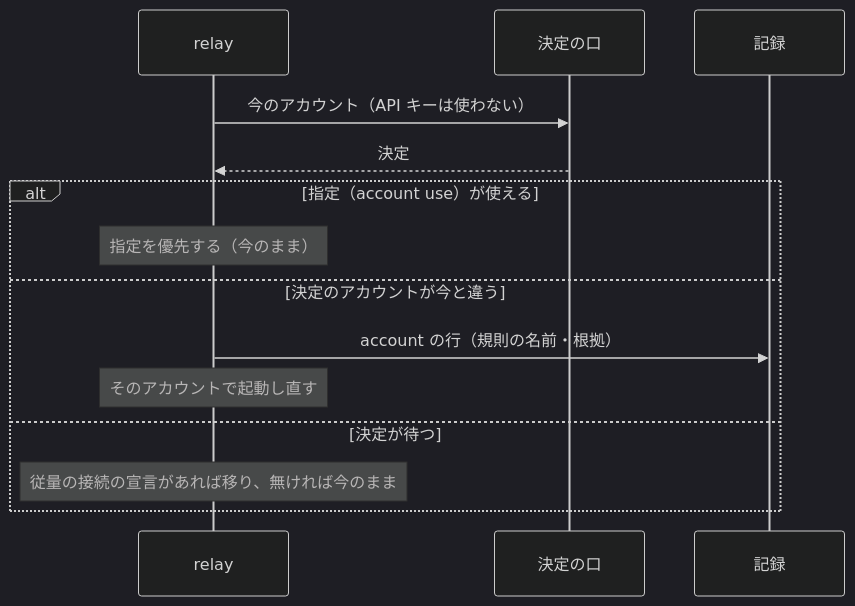
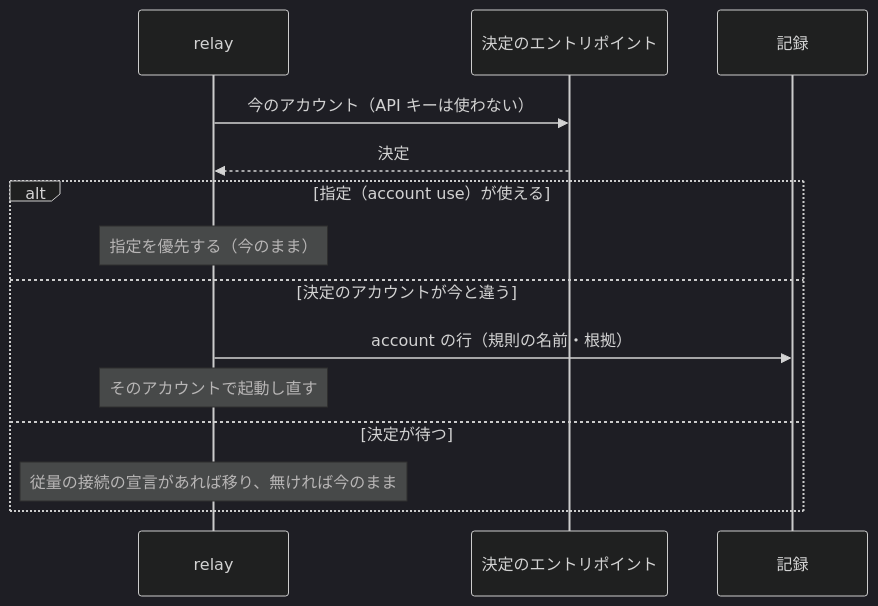
The fourth of 4 diagrams in issues/issue-2930-design.md (devbasex/ai-plugins), drawn with Mermaid (dark theme) before and after one commit. The commit also changed other lines of this file and 1 other file, not shown here.

First line of the commit message:
Docs: #2930 の設計文書を組み直す（長い文を分け、題から仕組みの語を外し、「決定の口」をエントリポイントへ置き換える）

````diff
--- a/issues/issue-2930-design.md
+++ b/issues/issue-2930-design.md
@@ -408,16 +408,16 @@
 ```mermaid
 sequenceDiagram
     participant relay
-    participant 決定の口
+    participant 決定のエントリポイント
     participant 記録
-    relay->>決定の口: 今のアカウント（API キーは使わない）
-    決定の口-->>relay: 決定
+    relay->>決定のエントリポイント: 今のアカウント（API キーは使わない）
+    決定のエントリポイント-->>relay: 決定
     alt 指定（account use）が使える
         Note over relay: 指定を優先する（今のまま）
     else 決定のアカウントが今と違う
         relay->>記録: account の行（規則の名前・根拠）
         Note over relay: そのアカウントで起動し直す
     else 決定が待つ
         Note over relay: 従量の接続の宣言があれば移り、無ければ今のまま
     end
 ```
````
